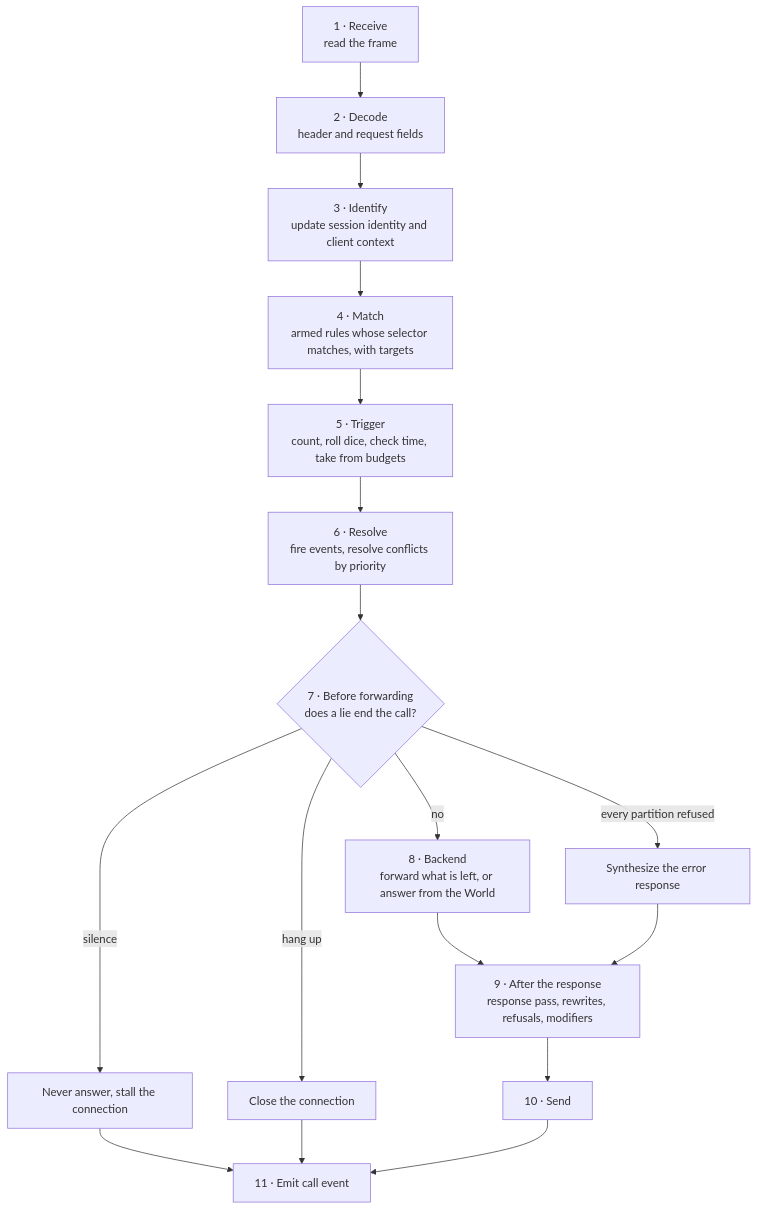
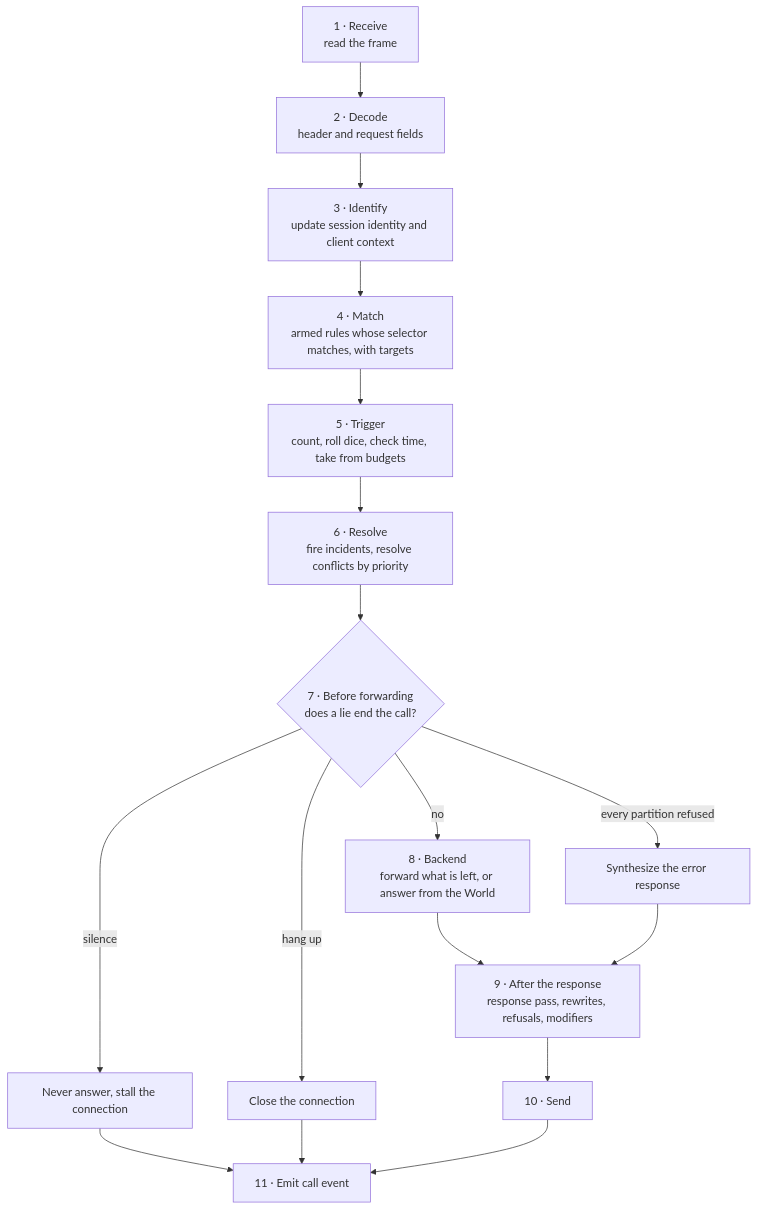
The diagram in docs/specs/architecture/request-pipeline.md (cruxy-eu/gaslightmq), drawn with Mermaid before and after one commit. The commit also changed other lines of this file and 40 other files, not shown here.

````diff
--- a/docs/specs/architecture/request-pipeline.md
+++ b/docs/specs/architecture/request-pipeline.md
@@ -9,19 +9,19 @@
 ```mermaid
 flowchart TB
   A["1 · Receive<br/>read the frame"] --> B["2 · Decode<br/>header and request fields"]
   B --> C["3 · Identify<br/>update session identity and client context"]
   C --> D["4 · Match<br/>armed rules whose selector matches, with targets"]
   D --> E["5 · Trigger<br/>count, roll dice, check time, take from budgets"]
-  E --> F["6 · Resolve<br/>fire events, resolve conflicts by priority"]
+  E --> F["6 · Resolve<br/>fire incidents, resolve conflicts by priority"]
   F --> G{"7 · Before forwarding<br/>does a lie end the call?"}
   G -->|silence| S["Never answer, stall the connection"]
   G -->|hang up| H["Close the connection"]
   G -->|every partition refused| R["Synthesize the error response"]
   G -->|no| I["8 · Backend<br/>forward what is left, or answer from the World"]
   I --> J["9 · After the response<br/>response pass, rewrites, refusals, modifiers"]
   R --> J
   J --> K["10 · Send"]
   S --> L["11 · Emit call event"]
   H --> L
   K --> L
 ```
````
